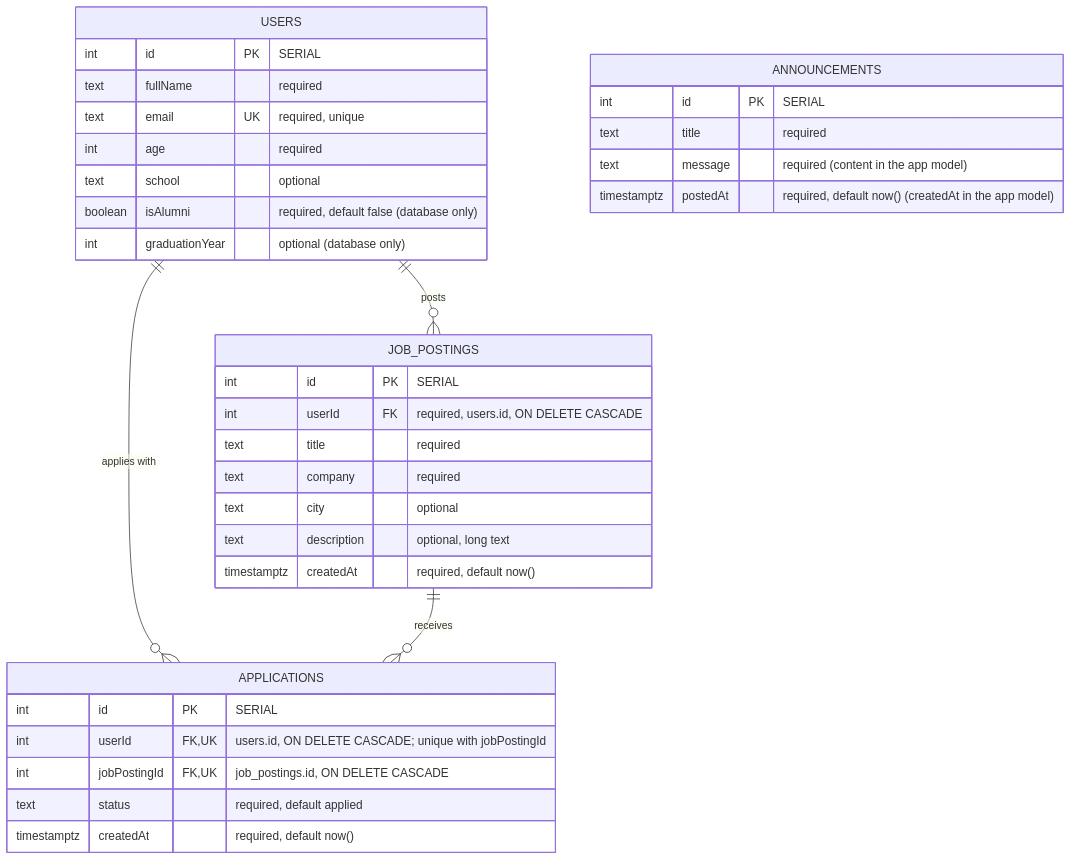
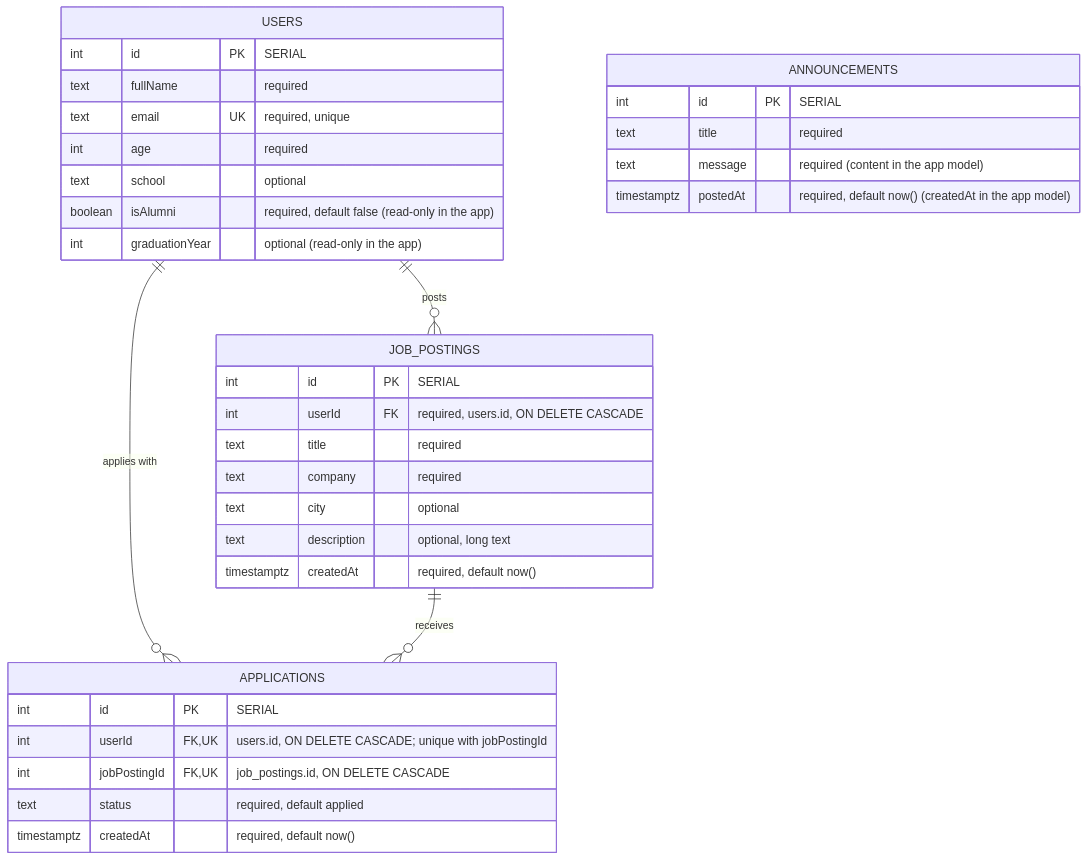
One commit to AnbarAhmadi/alumni changed the diagram in ddd.md. Above: the diagram before and after it, drawn with Mermaid. The commit also changed other lines of this file and 49 other files, not shown here.

````diff
--- a/ddd.md
+++ b/ddd.md
@@ -363,37 +363,37 @@
 ```mermaid
 erDiagram
     USERS ||--o{ JOB_POSTINGS : "posts"
     USERS ||--o{ APPLICATIONS : "applies with"
     JOB_POSTINGS ||--o{ APPLICATIONS : "receives"
     USERS {
         int id PK "SERIAL"
         text fullName "required"
         text email UK "required, unique"
         int age "required"
         text school "optional"
-        boolean isAlumni "required, default false (database only)"
-        int graduationYear "optional (database only)"
+        boolean isAlumni "required, default false (read-only in the app)"
+        int graduationYear "optional (read-only in the app)"
     }
     ANNOUNCEMENTS {
         int id PK "SERIAL"
         text title "required"
         text message "required (content in the app model)"
         timestamptz postedAt "required, default now() (createdAt in the app model)"
     }
     JOB_POSTINGS {
         int id PK "SERIAL"
         int userId FK "required, users.id, ON DELETE CASCADE"
         text title "required"
         text company "required"
         text city "optional"
         text description "optional, long text"
         timestamptz createdAt "required, default now()"
     }
     APPLICATIONS {
         int id PK "SERIAL"
         int userId FK, UK "users.id, ON DELETE CASCADE; unique with jobPostingId"
         int jobPostingId FK, UK "job_postings.id, ON DELETE CASCADE"
         text status "required, default applied"
         timestamptz createdAt "required, default now()"
     }
 ```
````
